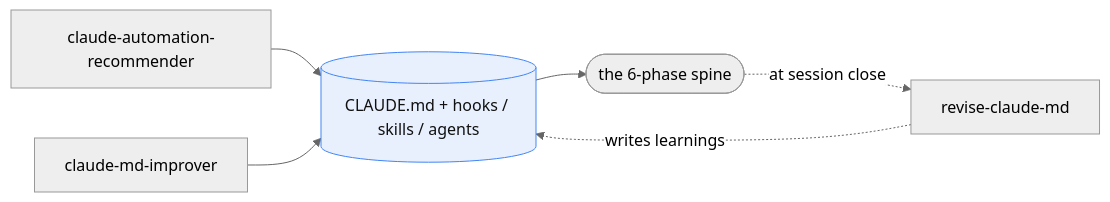
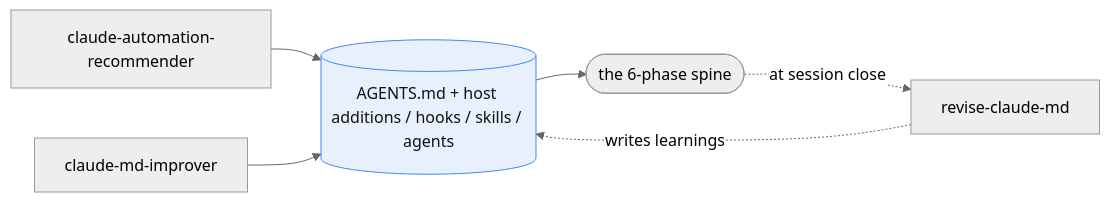
The second of 2 diagrams in docs/notes/skill-flow.md (zela/dot-agents), drawn with Mermaid (neutral theme) before and after one commit. The commit also changed other lines of this file and 5 other files, not shown here.

````diff
--- a/docs/notes/skill-flow.md
+++ b/docs/notes/skill-flow.md
@@ -90,10 +90,10 @@
 ```mermaid
 flowchart LR
-  car[claude-automation-recommender] --> cfg[("CLAUDE.md + hooks / skills / agents")]
+  car[claude-automation-recommender] --> cfg[("AGENTS.md + host additions / hooks / skills / agents")]
   cmi[claude-md-improver] --> cfg
   cfg --> spine(["the 6-phase spine"])
   spine -. at session close .-> rcm[revise-claude-md]
   rcm -. writes learnings .-> cfg
   classDef doc fill:#e8f0fe,stroke:#4285f4,color:#111;
   class cfg doc;
 ```
````
